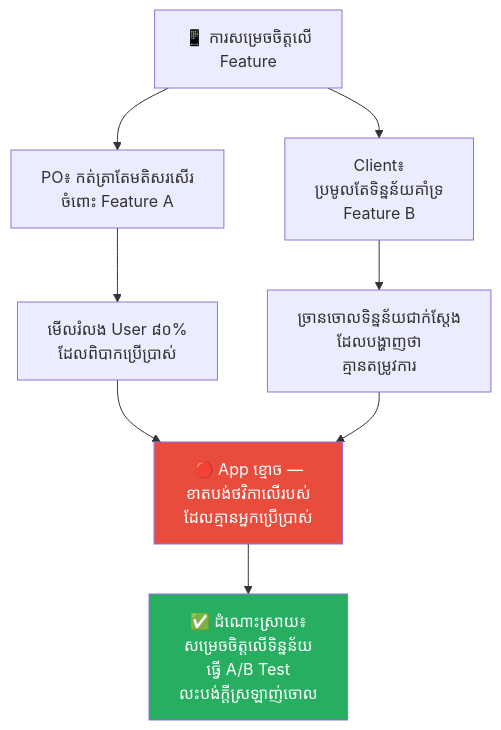
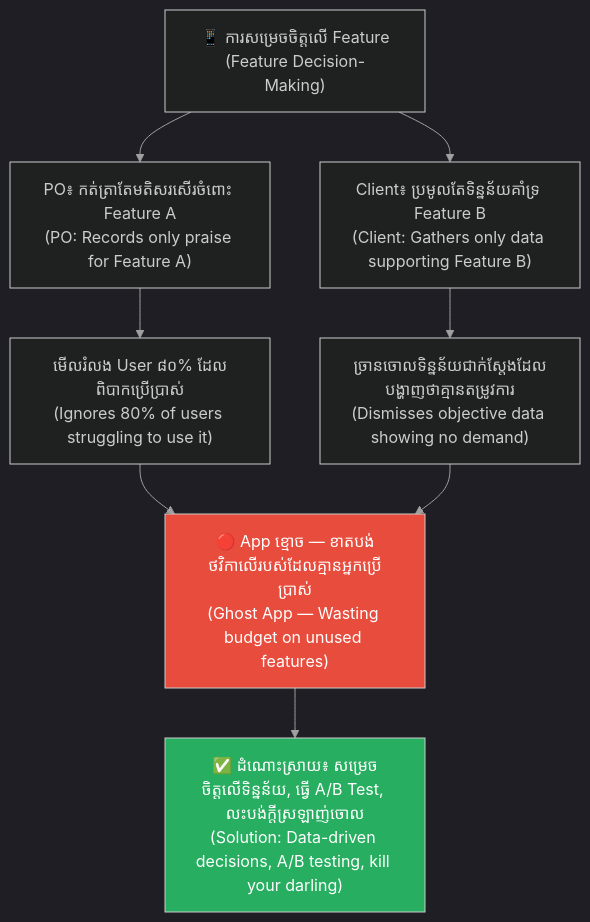
One commit to GuideStack/iblogger-feeds changed the third of 7 diagrams in feeds/concepts/articles/01-confirmation-bias.md. Above: the diagram before and after it, drawn with Mermaid. The commit also changed other lines of this file, not shown here.

````diff
--- a/feeds/concepts/articles/01-confirmation-bias.md
+++ b/feeds/concepts/articles/01-confirmation-bias.md
@@ -134,13 +205,22 @@
 ```mermaid
+%%{init: {
+  'theme': 'dark',
+  'themeVariables': {
+    'background': '#1e1e1e',
+    'primaryTextColor': '#ffffff',
+    'lineColor': '#a0a0a0'
+  },
+  'themeCSS': 'svg { background-color: #1e1e1e !important; padding: 1rem !important; border-radius: 8px !important; } .edgeLabel rect { fill: #1e1e1e !important; } text, tspan { fill: #ffffff !important; }'
+}}%%
 graph TD
-    A["📱 ការសម្រេចចិត្តលើ<br/>Feature"] --> B["PO៖ កត់ត្រាតែមតិសរសើរ<br/>ចំពោះ Feature A"]
-    A --> C["Client៖<br/>ប្រមូលតែទិន្នន័យគាំទ្រ<br/>Feature B"]
-    B --> D["មើលរំលង User ៨០%<br/>ដែលពិបាកប្រើប្រាស់"]
-    C --> E["ច្រានចោលទិន្នន័យជាក់ស្តែង<br/>ដែលបង្ហាញថា<br/>គ្មានតម្រូវការ"]
-    D --> F["🔴 App ខ្មោច —<br/>ខាតបង់ថវិកាលើរបស់<br/>ដែលគ្មានអ្នកប្រើប្រាស់"]
+    A["📱 ការសម្រេចចិត្តលើ Feature<br/>(Feature Decision-Making)"] --> B["PO៖ កត់ត្រាតែមតិសរសើរចំពោះ Feature A<br/>(PO: Records only praise for Feature A)"]
+    A --> C["Client៖ ប្រមូលតែទិន្នន័យគាំទ្រ Feature B<br/>(Client: Gathers only data supporting Feature B)"]
+    B --> D["មើលរំលង User ៨០% ដែលពិបាកប្រើប្រាស់<br/>(Ignores 80% of users struggling to use it)"]
+    C --> E["ច្រានចោលទិន្នន័យជាក់ស្តែងដែលបង្ហាញថាគ្មានតម្រូវការ<br/>(Dismisses objective data showing no demand)"]
+    D --> F["🔴 App ខ្មោច — ខាតបង់ថវិកាលើរបស់ដែលគ្មានអ្នកប្រើប្រាស់<br/>(Ghost App — Wasting budget on unused features)"]
     E --> F
-    F --> G["✅ ដំណោះស្រាយ៖<br/>សម្រេចចិត្តលើទិន្នន័យ<br/>ធ្វើ A/B Test<br/>លះបង់ក្តីស្រឡាញ់ចោល"]
+    F --> G["✅ ដំណោះស្រាយ៖ សម្រេចចិត្តលើទិន្នន័យ, ធ្វើ A/B Test, លះបង់ក្តីស្រឡាញ់ចោល<br/>(Solution: Data-driven decisions, A/B testing, kill your darling)"]
 
     style F fill:#e74c3c,color:#fff
     style G fill:#27ae60,color:#fff
 ```
````
